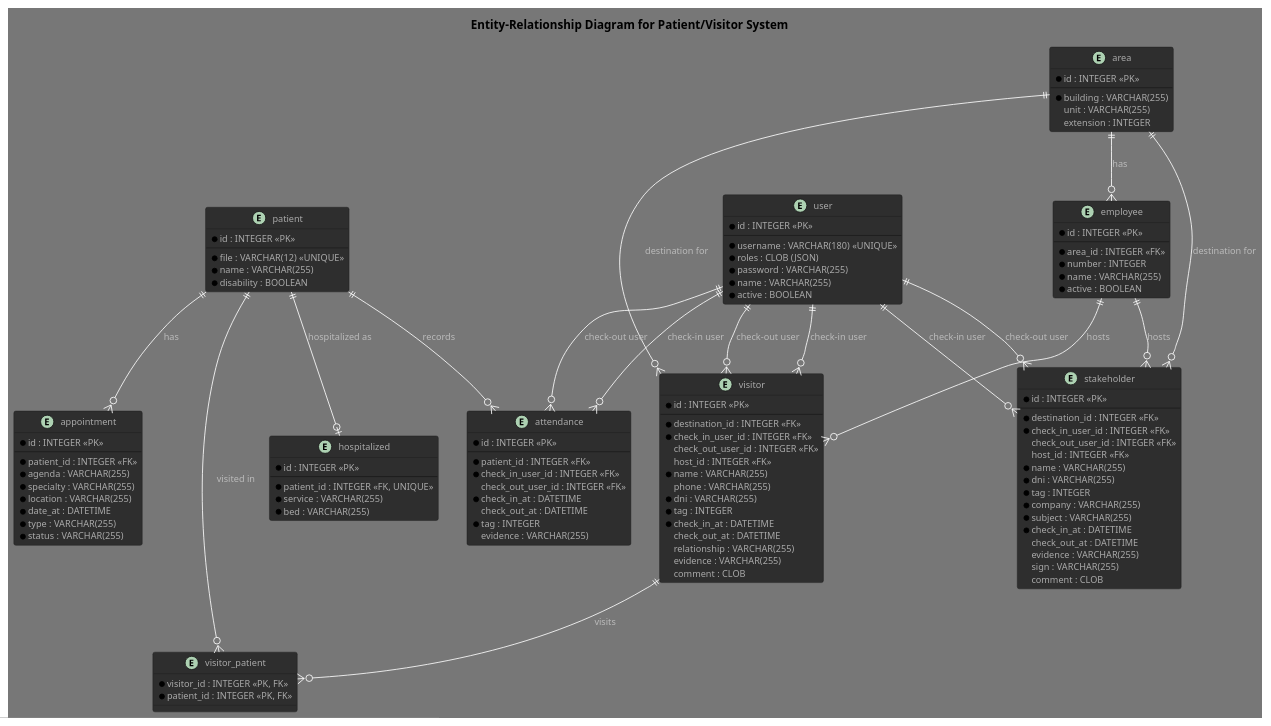
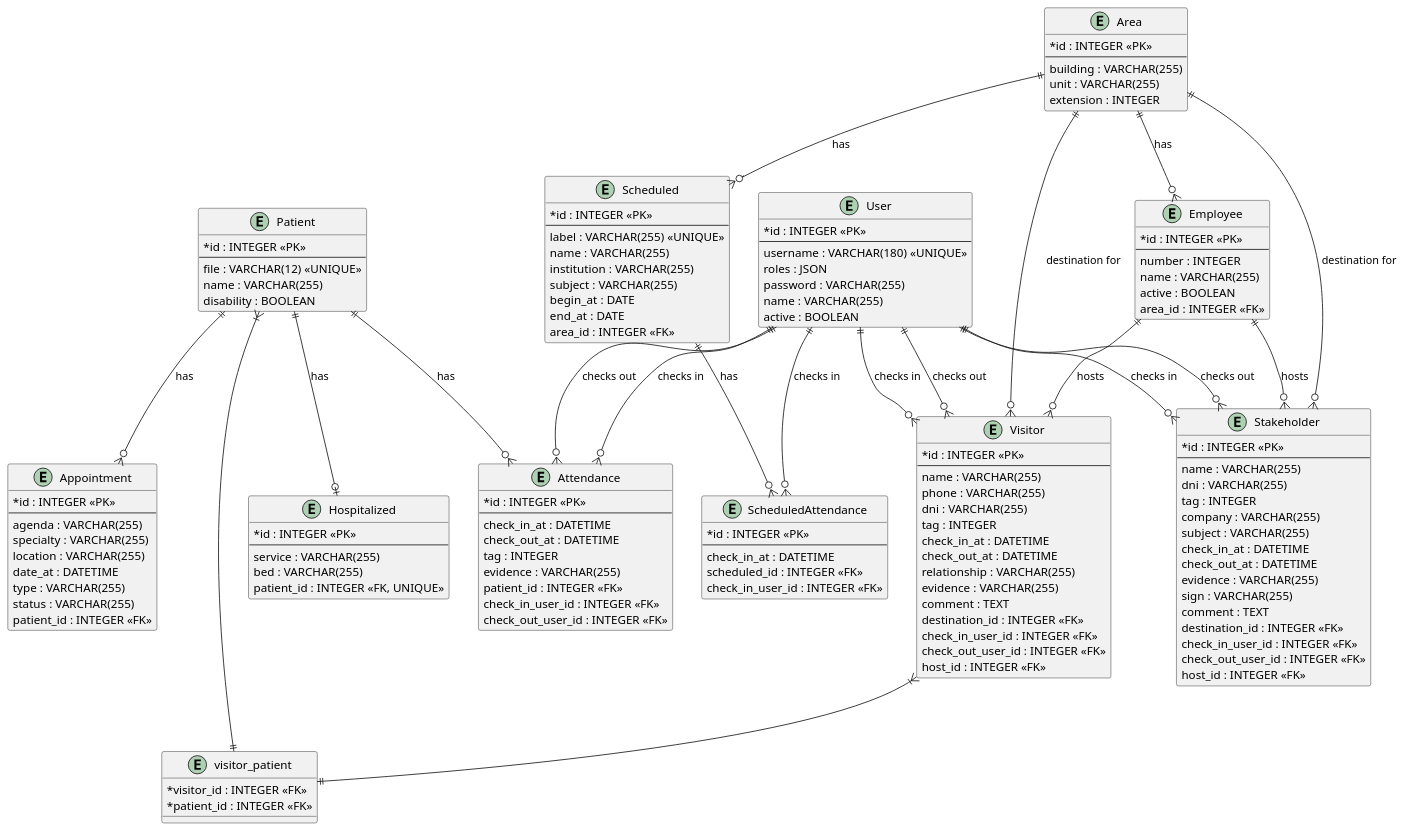
Before and after one commit to genomorro/registro-io: the diagram in DER.puml, drawn with PlantUML. The commit also changed 1 other file, not shown here.

Commit message:
Update DER

```diff
--- a/DER.puml
+++ b/DER.puml
@@ -1,138 +1,160 @@
-@startuml DER
-!theme reddress-darkblue
+@startuml database_diagram
+skinparam classAttributeIconSize 0
 
-' Title
-title Entity-Relationship Diagram for Patient/Visitor System
-
-entity "area" as area {
+entity "User" as user {
   * id : INTEGER <<PK>>
   --
-  * building : VARCHAR(255)
-    unit : VARCHAR(255)
-    extension : INTEGER
+  username : VARCHAR(180) <<UNIQUE>>
+  roles : JSON
+  password : VARCHAR(255)
+  name : VARCHAR(255)
+  active : BOOLEAN
 }
 
-entity "employee" as employee {
+entity "Area" as area {
   * id : INTEGER <<PK>>
   --
-  * area_id : INTEGER <<FK>>
-  * number : INTEGER
-  * name : VARCHAR(255)
-  * active : BOOLEAN
+  building : VARCHAR(255)
+  unit : VARCHAR(255)
+  extension : INTEGER
 }
 
-entity "user" as user {
+entity "Employee" as employee {
   * id : INTEGER <<PK>>
   --
-  * username : VARCHAR(180) <<UNIQUE>>
-  * roles : CLOB (JSON)
-  * password : VARCHAR(255)
-  * name : VARCHAR(255)
-  * active : BOOLEAN
+  number : INTEGER
+  name : VARCHAR(255)
+  active : BOOLEAN
+  area_id : INTEGER <<FK>>
 }
 
-entity "patient" as patient {
+entity "Patient" as patient {
   * id : INTEGER <<PK>>
   --
-  * file : VARCHAR(12) <<UNIQUE>>
-  * name : VARCHAR(255)
-  * disability : BOOLEAN
+  file : VARCHAR(12) <<UNIQUE>>
+  name : VARCHAR(255)
+  disability : BOOLEAN
 }
 
-entity "hospitalized" as hospitalized {
+entity "Hospitalized" as hospitalized {
   * id : INTEGER <<PK>>
   --
-  * patient_id : INTEGER <<FK, UNIQUE>>
-  * service : VARCHAR(255)
-  * bed : VARCHAR(255)
+  service : VARCHAR(255)
+  bed : VARCHAR(255)
+  patient_id : INTEGER <<FK, UNIQUE>>
 }
 
-entity "appointment" as appointment {
+entity "Appointment" as appointment {
   * id : INTEGER <<PK>>
   --
-  * patient_id : INTEGER <<FK>>
-  * agenda : VARCHAR(255)
-  * specialty : VARCHAR(255)
-  * location : VARCHAR(255)
-  * date_at : DATETIME
-  * type : VARCHAR(255)
-  * status : VARCHAR(255)
+  agenda : VARCHAR(255)
+  specialty : VARCHAR(255)
+  location : VARCHAR(255)
+  date_at : DATETIME
+  type : VARCHAR(255)
+  status : VARCHAR(255)
+  patient_id : INTEGER <<FK>>
 }
 
-entity "attendance" as attendance {
+entity "Attendance" as attendance {
   * id : INTEGER <<PK>>
   --
-  * patient_id : INTEGER <<FK>>
-  * check_in_user_id : INTEGER <<FK>>
-    check_out_user_id : INTEGER <<FK>>
-  * check_in_at : DATETIME
-    check_out_at : DATETIME
-  * tag : INTEGER
-    evidence : VARCHAR(255)
+  check_in_at : DATETIME
+  check_out_at : DATETIME
+  tag : INTEGER
+  evidence : VARCHAR(255)
+  patient_id : INTEGER <<FK>>
+  check_in_user_id : INTEGER <<FK>>
+  check_out_user_id : INTEGER <<FK>>
 }
 
-entity "visitor" as visitor {
+entity "Visitor" as visitor {
   * id : INTEGER <<PK>>
   --
-  * destination_id : INTEGER <<FK>>
-  * check_in_user_id : INTEGER <<FK>>
-    check_out_user_id : INTEGER <<FK>>
-    host_id : INTEGER <<FK>>
-  * name : VARCHAR(255)
-    phone : VARCHAR(255)
-  * dni : VARCHAR(255)
-  * tag : INTEGER
-  * check_in_at : DATETIME
-    check_out_at : DATETIME
-    relationship : VARCHAR(255)
-    evidence : VARCHAR(255)
-    comment : CLOB
-}
-
-entity "stakeholder" as stakeholder {
-  * id : INTEGER <<PK>>
-  --
-  * destination_id : INTEGER <<FK>>
-  * check_in_user_id : INTEGER <<FK>>
-    check_out_user_id : INTEGER <<FK>>
-    host_id : INTEGER <<FK>>
-  * name : VARCHAR(255)
-  * dni : VARCHAR(255)
-  * tag : INTEGER
-  * company : VARCHAR(255)
-  * subject : VARCHAR(255)
-  * check_in_at : DATETIME
-    check_out_at : DATETIME
-    evidence : VARCHAR(255)
-    sign : VARCHAR(255)
-    comment : CLOB
+  name : VARCHAR(255)
+  phone : VARCHAR(255)
+  dni : VARCHAR(255)
+  tag : INTEGER
+  check_in_at : DATETIME
+  check_out_at : DATETIME
+  relationship : VARCHAR(255)
+  evidence : VARCHAR(255)
+  comment : TEXT
+  destination_id : INTEGER <<FK>>
+  check_in_user_id : INTEGER <<FK>>
+  check_out_user_id : INTEGER <<FK>>
+  host_id : INTEGER <<FK>>
 }
 
 entity "visitor_patient" as visitor_patient {
-  * visitor_id : INTEGER <<PK, FK>>
-  * patient_id : INTEGER <<PK, FK>>
+  * visitor_id : INTEGER <<FK>>
+  * patient_id : INTEGER <<FK>>
+}
+
+entity "Stakeholder" as stakeholder {
+  * id : INTEGER <<PK>>
+  --
+  name : VARCHAR(255)
+  dni : VARCHAR(255)
+  tag : INTEGER
+  company : VARCHAR(255)
+  subject : VARCHAR(255)
+  check_in_at : DATETIME
+  check_out_at : DATETIME
+  evidence : VARCHAR(255)
+  sign : VARCHAR(255)
+  comment : TEXT
+  destination_id : INTEGER <<FK>>
+  check_in_user_id : INTEGER <<FK>>
+  check_out_user_id : INTEGER <<FK>>
+  host_id : INTEGER <<FK>>
+}
+
+entity "Scheduled" as scheduled {
+  * id : INTEGER <<PK>>
+  --
+  label : VARCHAR(255) <<UNIQUE>>
+  name : VARCHAR(255)
+  institution : VARCHAR(255)
+  subject : VARCHAR(255)
+  begin_at : DATE
+  end_at : DATE
+  area_id : INTEGER <<FK>>
+}
+
+entity "ScheduledAttendance" as scheduled_attendance {
+  * id : INTEGER <<PK>>
+  --
+  check_in_at : DATETIME
+  scheduled_id : INTEGER <<FK>>
+  check_in_user_id : INTEGER <<FK>>
 }
 
 ' Relationships
 
 area ||--o{ employee : "has"
 area ||--o{ visitor : "destination for"
 area ||--o{ stakeholder : "destination for"
+area ||--o{ scheduled : "has"
 
 employee ||--o{ visitor : "hosts"
 employee ||--o{ stakeholder : "hosts"
 
-patient ||--o| hospitalized : "hospitalized as"
+patient ||--o| hospitalized : "has"
 patient ||--o{ appointment : "has"
-patient ||--o{ attendance : "records"
-patient ||--o{ visitor_patient : "visited in"
-visitor ||--o{ visitor_patient : "visits"
+patient ||--o{ attendance : "has"
 
-user ||--o{ attendance : "check-in user"
-user ||--o{ attendance : "check-out user"
-user ||--o{ visitor : "check-in user"
-user ||--o{ visitor : "check-out user"
-user ||--o{ stakeholder : "check-in user"
-user ||--o{ stakeholder : "check-out user"
+visitor }|--|| visitor_patient : ""
+patient }|--|| visitor_patient : ""
+
+user ||--o{ attendance : "checks in"
+user ||--o{ attendance : "checks out"
+user ||--o{ visitor : "checks in"
+user ||--o{ visitor : "checks out"
+user ||--o{ stakeholder : "checks in"
+user ||--o{ stakeholder : "checks out"
+user ||--o{ scheduled_attendance : "checks in"
+
+scheduled ||--o{ scheduled_attendance : "has"
 
 @enduml
```
